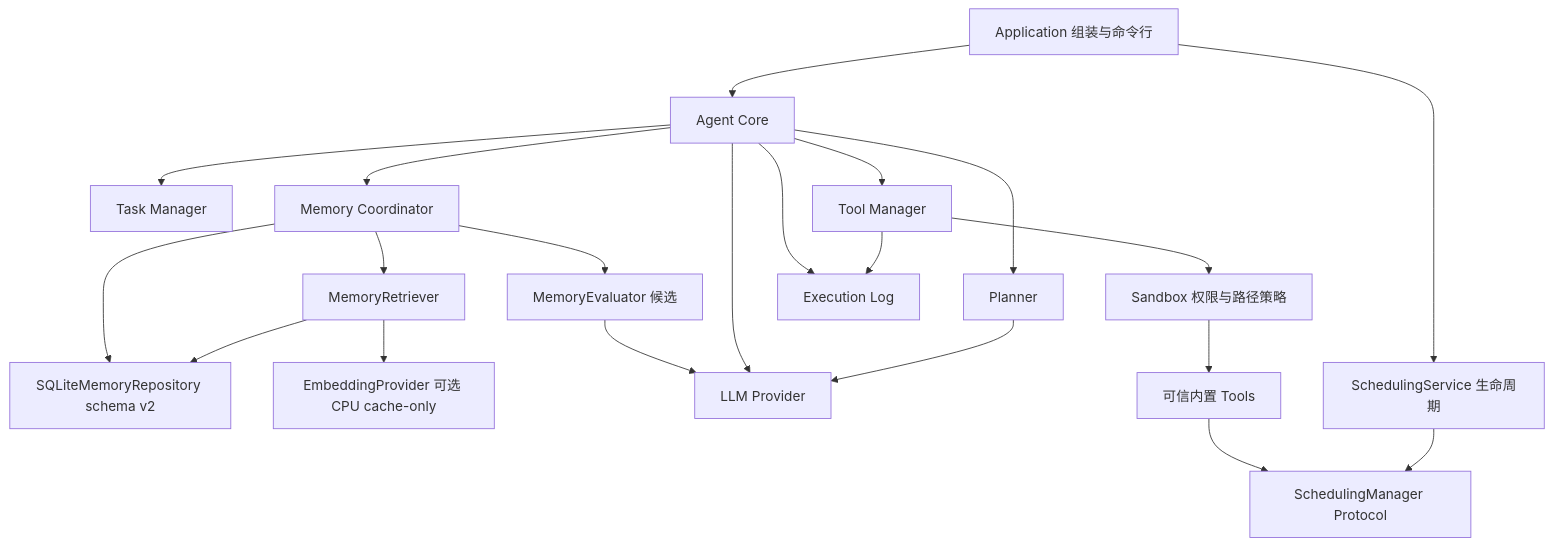
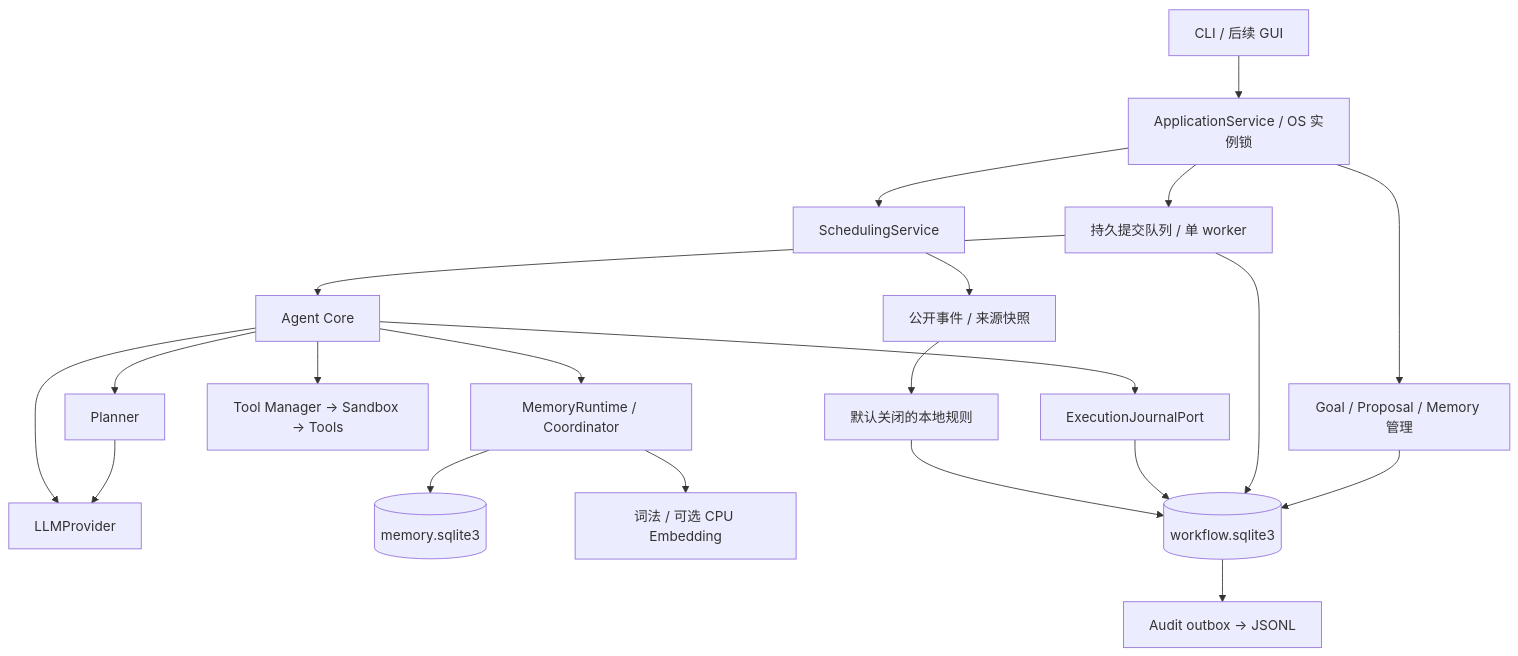
The diagram in ARCHITECTURE.md (kbdui/kb_deskpal), drawn with Mermaid before and after one commit. The commit also changed other lines of this file and 68 other files, not shown here.

````diff
--- a/ARCHITECTURE.md
+++ b/ARCHITECTURE.md
@@ -7,23 +7,23 @@
 ```mermaid
 flowchart TD
-  Application[Application 组装与命令行] --> Agent[Agent Core]
-  Agent --> Planner
-  Agent --> Tasks[Task Manager]
-  Agent --> Memory[Memory Coordinator]
-  Memory --> Repository[SQLiteMemoryRepository schema v2]
-  Memory --> Retriever[MemoryRetriever]
-  Memory --> Evaluator[MemoryEvaluator 候选]
-  Retriever --> Repository
-  Retriever --> Embedding[EmbeddingProvider 可选 CPU cache-only]
-  Evaluator --> LLM
-  Agent --> LLM[LLM Provider]
-  Planner --> LLM
-  Agent --> Manager[Tool Manager]
-  Manager --> Sandbox[Sandbox 权限与路径策略]
-  Sandbox --> Tools[可信内置 Tools]
-  Agent --> Log[Execution Log]
-  Manager --> Log
-  Application --> Scheduling[SchedulingService 生命周期]
-  Tools --> SchedulingPort[SchedulingManager Protocol]
-  Scheduling --> SchedulingPort
+  CLI[CLI / 后续 GUI] --> App[ApplicationService / OS 实例锁]
+  App --> Commands[Goal / Proposal / Memory 管理]
+  App --> Queue[持久提交队列 / 单 worker]
+  Queue --> Core[Agent Core]
+  Core --> Planner
+  Planner --> LLM[LLMProvider]
+  Core --> LLM
+  Core --> Tools[Tool Manager → Sandbox → Tools]
+  Core --> Memory[MemoryRuntime / Coordinator]
+  Memory --> MemoryDB[(memory.sqlite3)]
+  Memory --> Retriever[词法 / 可选 CPU Embedding]
+  Commands --> Work[(workflow.sqlite3)]
+  Queue --> Work
+  Core --> Journal[ExecutionJournalPort]
+  Journal --> Work
+  App --> Scheduling[SchedulingService]
+  Scheduling --> Events[公开事件 / 来源快照]
+  Events --> Rules[默认关闭的本地规则]
+  Rules --> Work
+  Work --> Audit[Audit outbox → JSONL]
 ```
````
